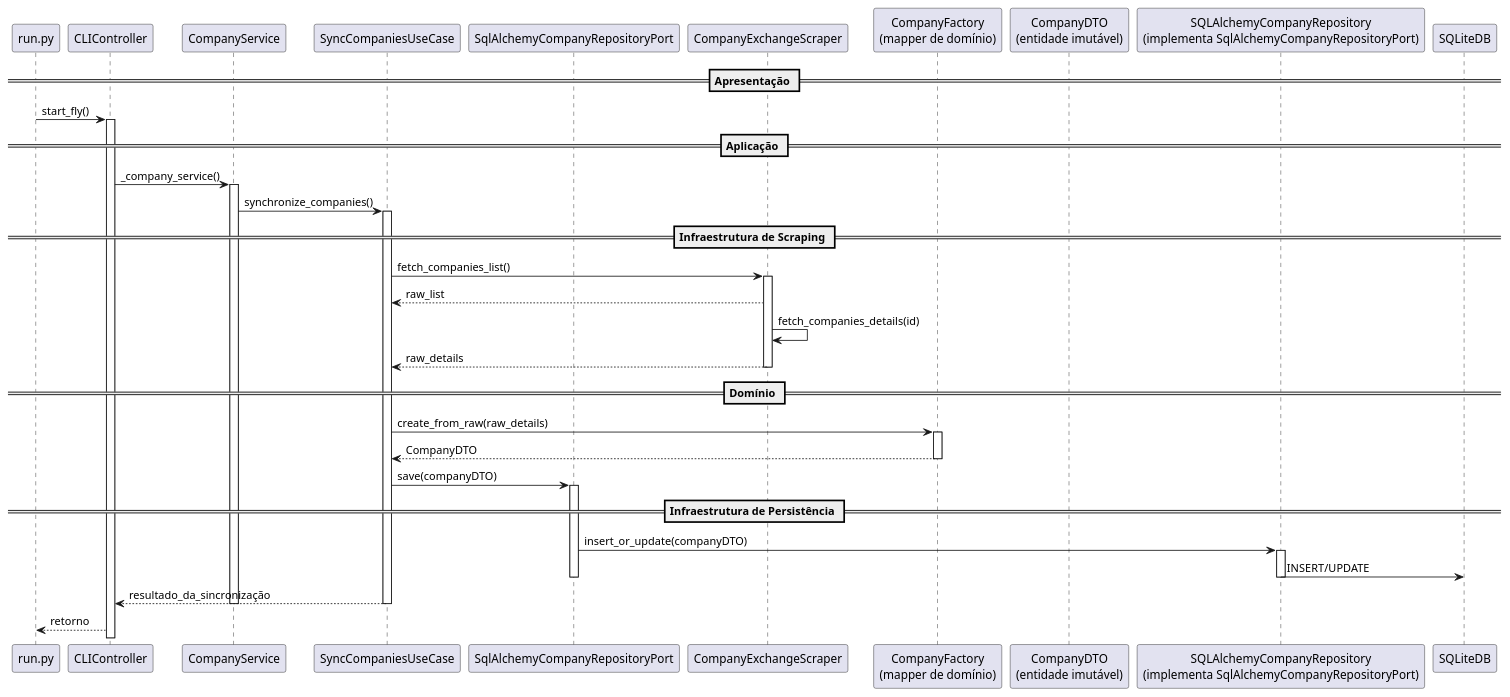
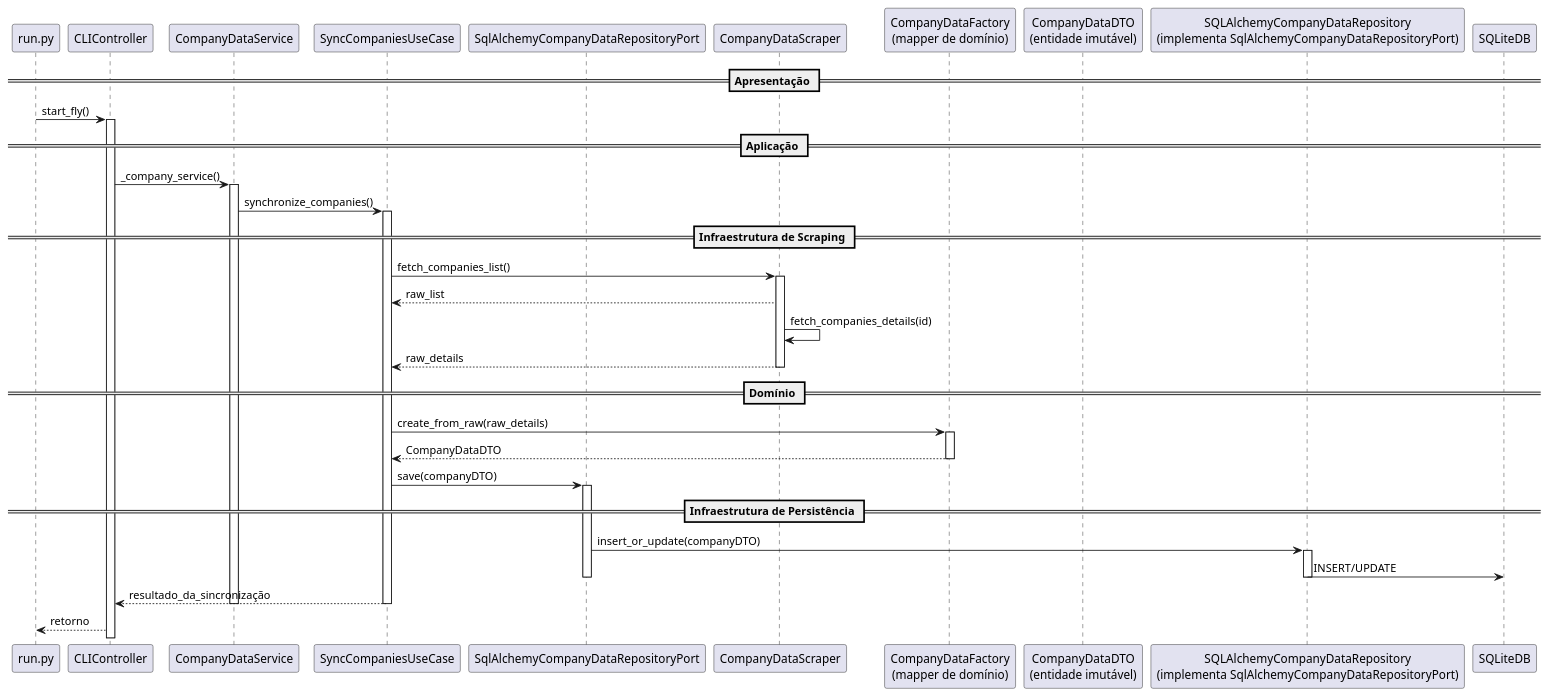
The diagram in docs/01_sequence_sync_companies.puml (faustostangler/FL2), drawn with PlantUML before and after one commit. The commit also changed 52 other files, not shown here.

Commit message:
company_data big rename

```diff
--- a/docs/01_sequence_sync_companies.puml
+++ b/docs/01_sequence_sync_companies.puml
@@ -1,57 +1,57 @@
 @startuml
 skinparam packageStyle rectangle
 
 == Apresentação ==
 participant "run.py" as RUN
 participant "CLIController" as CLI
 
 RUN -> CLI : start_fly()
 activate CLI
 
 == Aplicação ==
-participant "CompanyService" as CS
+participant "CompanyDataService" as CS
 participant "SyncCompaniesUseCase" as SCUC
-participant "SqlAlchemyCompanyRepositoryPort" as CRP
+participant "SqlAlchemyCompanyDataRepositoryPort" as CRP
 
 CLI -> CS : _company_service()
 activate CS
 CS -> SCUC : synchronize_companies()
 activate SCUC
 
 == Infraestrutura de Scraping ==
-participant "CompanyExchangeScraper" as SCR
+participant "CompanyDataScraper" as SCR
 
 SCUC -> SCR : fetch_companies_list()
 activate SCR
 SCR --> SCUC : raw_list
 SCR -> SCR : fetch_companies_details(id)
 SCR --> SCUC : raw_details
 deactivate SCR
 
 == Domínio ==
-participant "CompanyFactory\n(mapper de domínio)" as CF
-participant "CompanyDTO\n(entidade imutável)" as CD
+participant "CompanyDataFactory\n(mapper de domínio)" as CF
+participant "CompanyDataDTO\n(entidade imutável)" as CD
 
 SCUC -> CF : create_from_raw(raw_details)
 activate CF
-CF --> SCUC : CompanyDTO
+CF --> SCUC : CompanyDataDTO
 deactivate CF
 
 SCUC -> CRP : save(companyDTO)
 activate CRP
 
 == Infraestrutura de Persistência ==
-participant "SQLAlchemyCompanyRepository\n(implementa SqlAlchemyCompanyRepositoryPort)" as SCRepo
+participant "SQLAlchemyCompanyDataRepository\n(implementa SqlAlchemyCompanyDataRepositoryPort)" as SCRepo
 participant "SQLiteDB" as DB
 
 CRP -> SCRepo : insert_or_update(companyDTO)
 activate SCRepo
 SCRepo -> DB : INSERT/UPDATE
 deactivate SCRepo
 deactivate CRP
 
 SCUC --> CLI : resultado_da_sincronização
 deactivate SCUC
 deactivate CS
 CLI --> RUN : retorno
 @enduml
```
